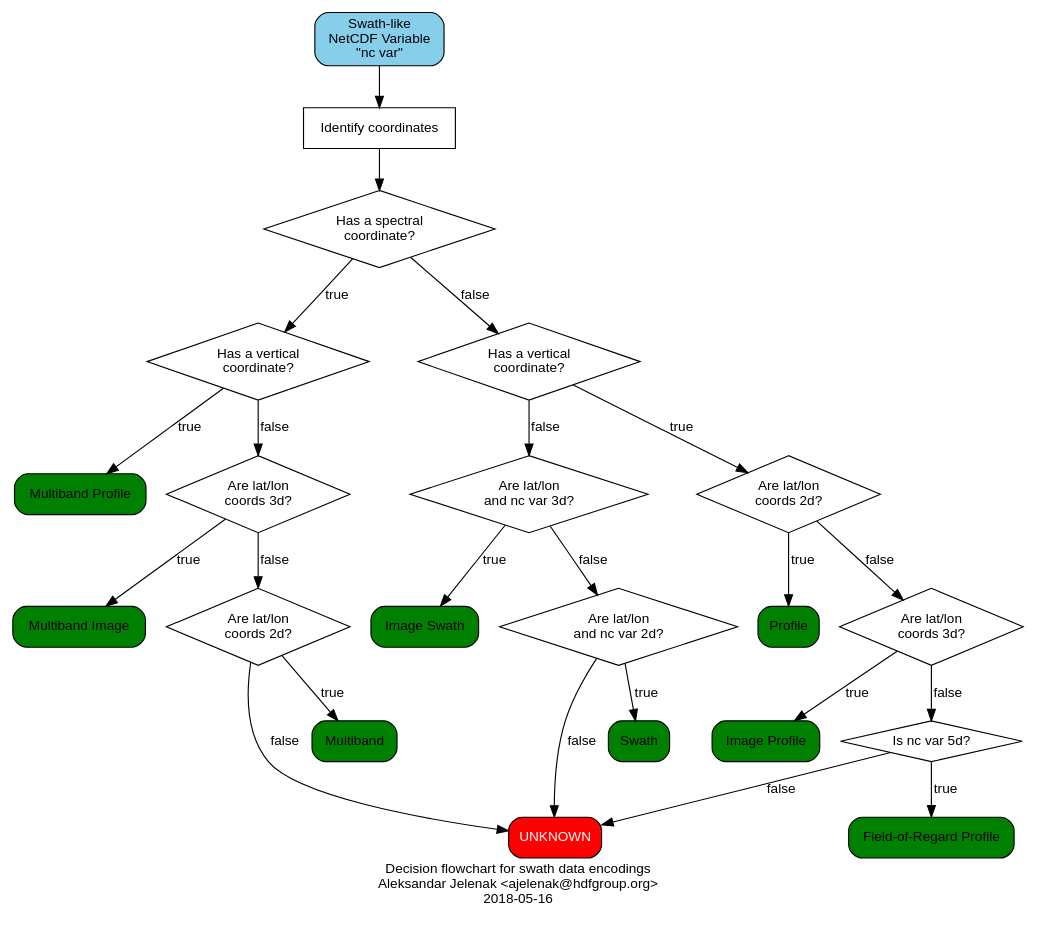
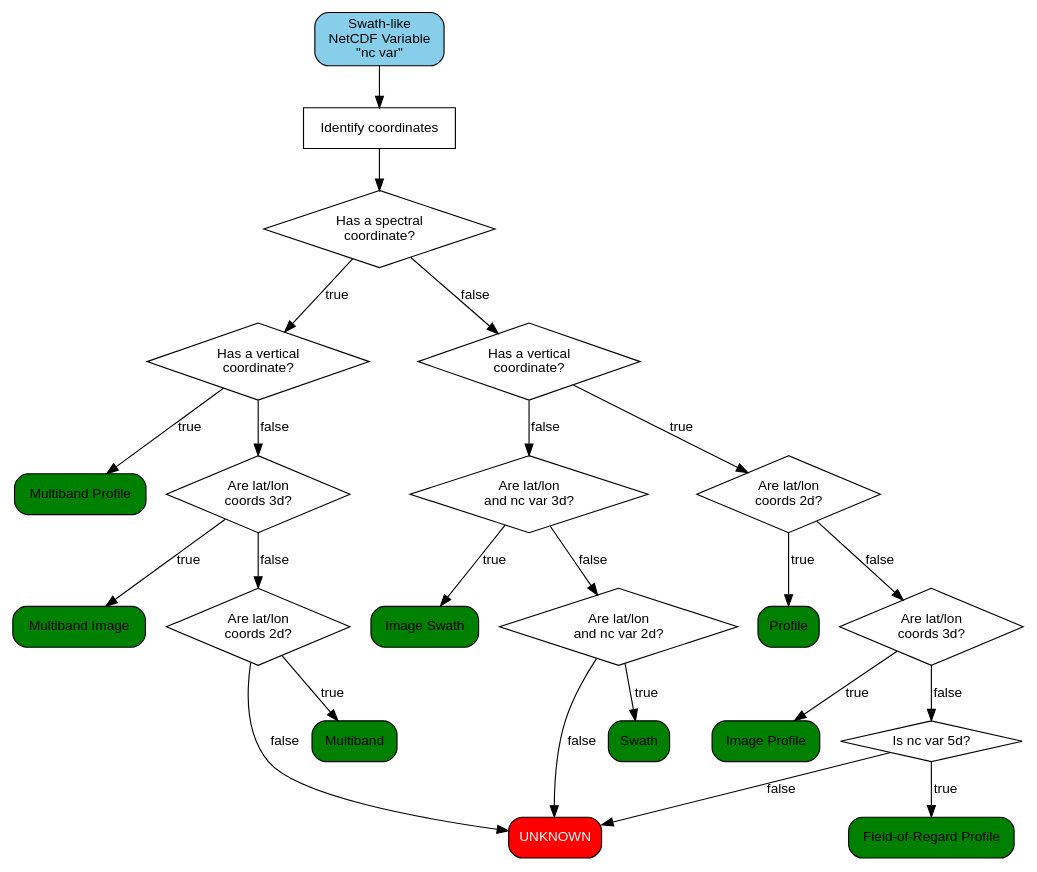
Before and after one commit to Unidata/EC-netCDF-CF: the diagram in swath/figures/flowchart.dot, drawn with Graphviz. The commit also changed 2 other files, not shown here.

```diff
--- a/swath/figures/flowchart.dot
+++ b/swath/figures/flowchart.dot
@@ -1,92 +1,90 @@
 digraph {
-    label="Decision flowchart for swath data encodings\nAleksandar Jelenak <ajelenak@hdfgroup.org>\n2018-05-16";
-
     graph[fontname="Helvetica", fontsize=12];
     node[fontname="Helvetica", fontsize=12];
     edge[fontname="Helvetica", fontsize=12];
 
     node[shape="box", style="rounded,filled", fillcolor="red",
          fontcolor="white", label="UNKNOWN"]
         unknown;
 
     node[shape="box", style="rounded,filled", fillcolor="skyblue",
          fontcolor="black"]
         ncvar;
 
     node[shape="box", style="rounded,filled", fillcolor="green"]
         mband;
         mband_image;
         mband_prof;
         swath;
         image_swath;
         profile;
         image_profile;
         FOR_profile;
 
     node[shape="box", style=""]
         coords;
 
     node[shape="diamond", style=""]
         if_band_coord;
         if_vert_coord;
         if_vert_coord_1;
         are_latlon_3d;
         are_latlonvar_3d;
         are_latlonvar_2d;
         are_latlon_2d;
         is_ncvar_5d;
 
     ncvar[label="Swath-like\nNetCDF Variable\n\"nc var\""];
     coords[label="Identify coordinates"];
     if_band_coord[label="Has a spectral\ncoordinate?"];
     if_vert_coord[label="Has a vertical\ncoordinate?"];
     if_vert_coord_1[label="Has a vertical\ncoordinate?"];
     mband_prof[label="Multiband Profile"];
     mband[label="Multiband"];
     mband_image[label="Multiband Image"];
     are_latlon_3d[label="Are lat/lon\ncoords 3d?"];
     are_latlon_3d_1[label="Are lat/lon\ncoords 3d?"];
     are_latlon_2d[label="Are lat/lon\ncoords 2d?"];
     are_latlon_2d_1[label="Are lat/lon\ncoords 2d?"];
     swath[label="Swath"];
     image_swath[label="Image Swath"];
     are_latlonvar_3d[label="Are lat/lon\nand nc var 3d?"];
     are_latlonvar_2d[label="Are lat/lon\nand nc var 2d?"];
     profile[label="Profile"];
     image_profile[label="Image Profile"];
     FOR_profile[label="Field-of-Regard Profile"];
     is_ncvar_5d[label="Is nc var 5d?"];
 
     ncvar -> coords;
     coords -> if_band_coord
 
     if_band_coord -> if_vert_coord [label="true"];
     if_band_coord -> if_vert_coord_1 [label="false"];
 
     if_vert_coord -> mband_prof [label="true"];
     if_vert_coord -> are_latlon_3d [label="false"];
 
     are_latlon_3d -> are_latlon_2d_1 [label="false"];
     are_latlon_3d -> mband_image [label="true"];
 
     are_latlon_2d_1 -> mband [label="true"];
     are_latlon_2d_1 -> unknown [label="false"];
 
     if_vert_coord_1 -> are_latlonvar_3d [label="false"];
     if_vert_coord_1 -> are_latlon_2d [label="true"];
 
     are_latlonvar_3d -> are_latlonvar_2d [label="false"];
     are_latlonvar_3d -> image_swath [label="true"];
 
     are_latlonvar_2d -> swath [label="true"];
     are_latlonvar_2d -> unknown [label="false"];
 
     are_latlon_2d -> profile [label="true"];
     are_latlon_2d -> are_latlon_3d_1 [label="false"];
 
     are_latlon_3d_1 -> image_profile [label="true"];
     are_latlon_3d_1 -> is_ncvar_5d [label="false"];
 
     is_ncvar_5d -> FOR_profile [label="true"];
     is_ncvar_5d -> unknown [label="false"];
 }
```
